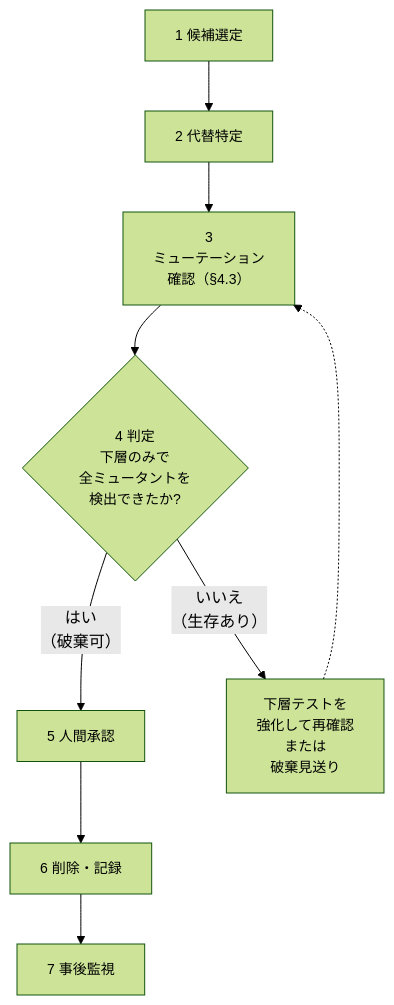
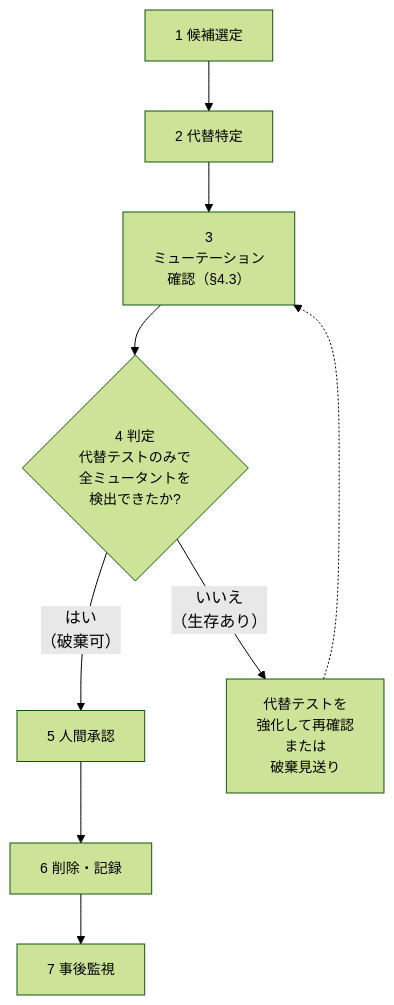
Before and after one commit to toshio-shiratori/harness-test-strategy: the second of 2 diagrams in docs/testing/04-regression-governance.md, drawn with Mermaid (forest theme). The commit also changed other lines of this file and 9 other files, not shown here.

````diff
--- a/docs/testing/04-regression-governance.md
+++ b/docs/testing/04-regression-governance.md
@@ -206,16 +206,16 @@
 ```mermaid
 flowchart TB
   P1["1 候補選定"]
   P2["2 代替特定"]
   P3["3<br/>ミューテーション<br/>確認（§4.3）"]
-  P4{"4 判定<br/>下層のみで<br/>全ミュータントを<br/>検出できたか?"}
-  P4b["下層テストを<br/>強化して再確認<br/>または<br/>破棄見送り"]
+  P4{"4 判定<br/>代替テストのみで<br/>全ミュータントを<br/>検出できたか?"}
+  P4b["代替テストを<br/>強化して再確認<br/>または<br/>破棄見送り"]
   P5["5 人間承認"]
   P6["6 削除・記録"]
   P7["7 事後監視"]
   P1 --> P2 --> P3 --> P4
   P4 -- "はい<br/>（破棄可）" --> P5 --> P6 --> P7
   P4 -- "いいえ<br/>（生存あり）" --> P4b
   P4b -.-> P3
   classDef default font-size:14px
 ```
````
